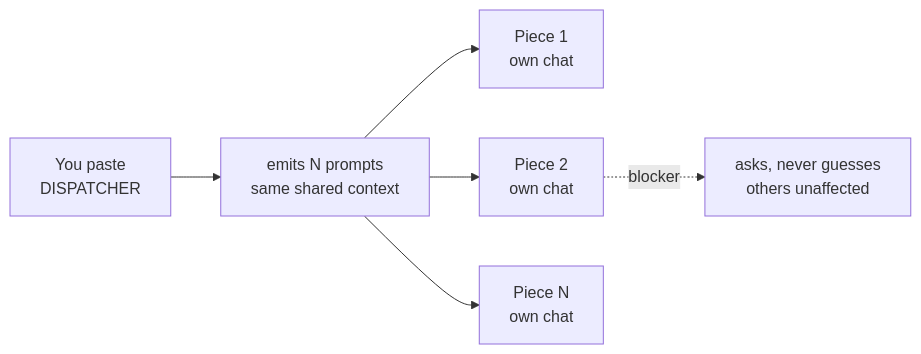
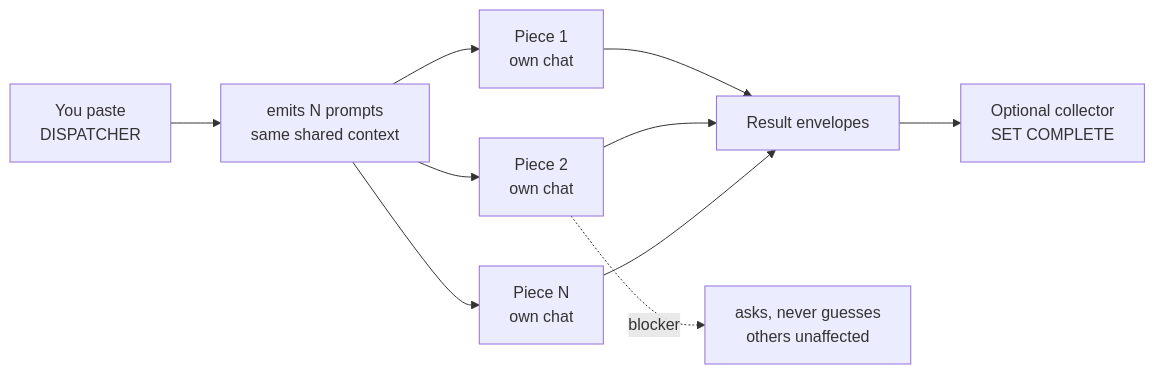
One commit to 1marcelserrano/prompt-chain changed the second of 2 diagrams in README.md. Above: the diagram before and after it, drawn with Mermaid. The commit also changed other lines of this file and 113 other files, not shown here.

````diff
--- a/README.md
+++ b/README.md
@@ -32,8 +32,12 @@
 ```mermaid
 flowchart LR
     A[You paste<br>DISPATCHER] --> B[emits N prompts<br>same shared context]
     B --> P1[Piece 1<br>own chat]
     B --> P2[Piece 2<br>own chat]
     B --> P3[Piece N<br>own chat]
+    P1 --> R[Result envelopes]
+    P2 --> R
+    P3 --> R
+    R --> C[Optional collector<br>SET COMPLETE]
     P2 -.blocker.-> Q[asks, never guesses<br>others unaffected]
 ```
````
